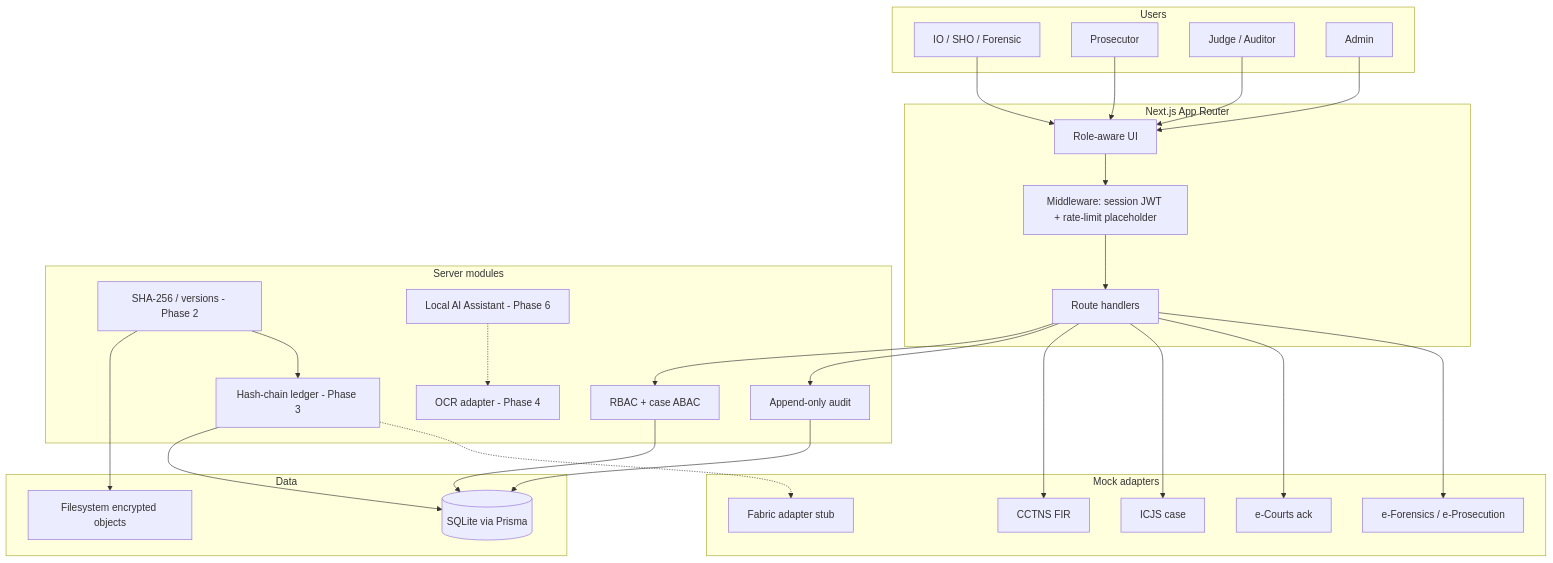
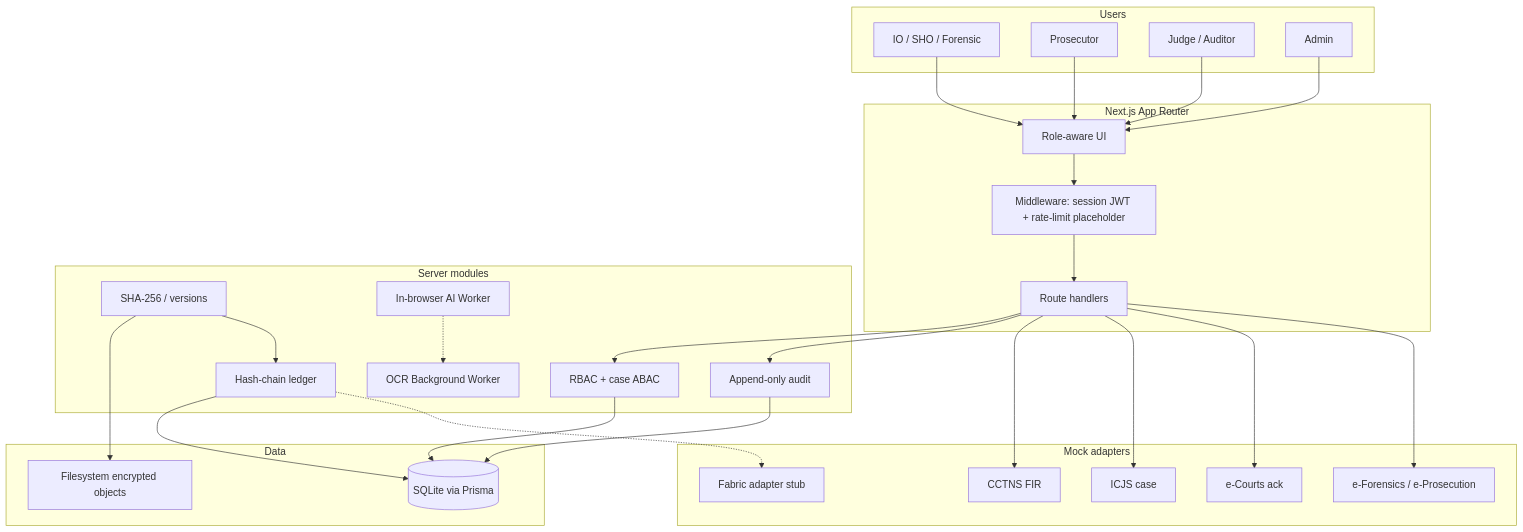
One commit to asashish001/NyayaVault changed the diagram in Docs/ARCHITECTURE.md. Above: the diagram before and after it, drawn with Mermaid. The commit also changed other lines of this file and 114 other files, not shown here.

````diff
--- a/Docs/ARCHITECTURE.md
+++ b/Docs/ARCHITECTURE.md
@@ -7,53 +7,53 @@
 ```mermaid
 flowchart TB
   subgraph clients [Users]
     IO[IO / SHO / Forensic]
     PP[Prosecutor]
     JA[Judge / Auditor]
     ADM[Admin]
   end
 
   subgraph next [Next.js App Router]
     UI[Role-aware UI]
     API[Route handlers]
     MW[Middleware: session JWT + rate-limit placeholder]
   end
 
   subgraph core [Server modules]
     ABAC[RBAC + case ABAC]
     AUDIT[Append-only audit]
-    HASH[SHA-256 / versions - Phase 2]
-    LEDGER[Hash-chain ledger - Phase 3]
-    OCR[OCR adapter - Phase 4]
-    AI[Local AI Assistant - Phase 6]
+    HASH[SHA-256 / versions]
+    LEDGER[Hash-chain ledger]
+    OCR[OCR Background Worker]
+    AI[In-browser AI Worker]
   end
 
   subgraph data [Data]
     SQLITE[(SQLite via Prisma)]
     FS[Filesystem encrypted objects]
   end
 
   subgraph mocks [Mock adapters]
     CCTNS[CCTNS FIR]
     ICJS[ICJS case]
     EC[e-Courts ack]
     EF[e-Forensics / e-Prosecution]
     FAB[Fabric adapter stub]
   end
 
   IO --> UI
   PP --> UI
   JA --> UI
   ADM --> UI
   UI --> MW --> API
   API --> ABAC --> SQLITE
   API --> AUDIT --> SQLITE
   HASH --> FS
   HASH --> LEDGER --> SQLITE
   AI -.-> OCR
   API --> CCTNS
   API --> ICJS
   API --> EC
   API --> EF
   LEDGER -.-> FAB
 ```
````
